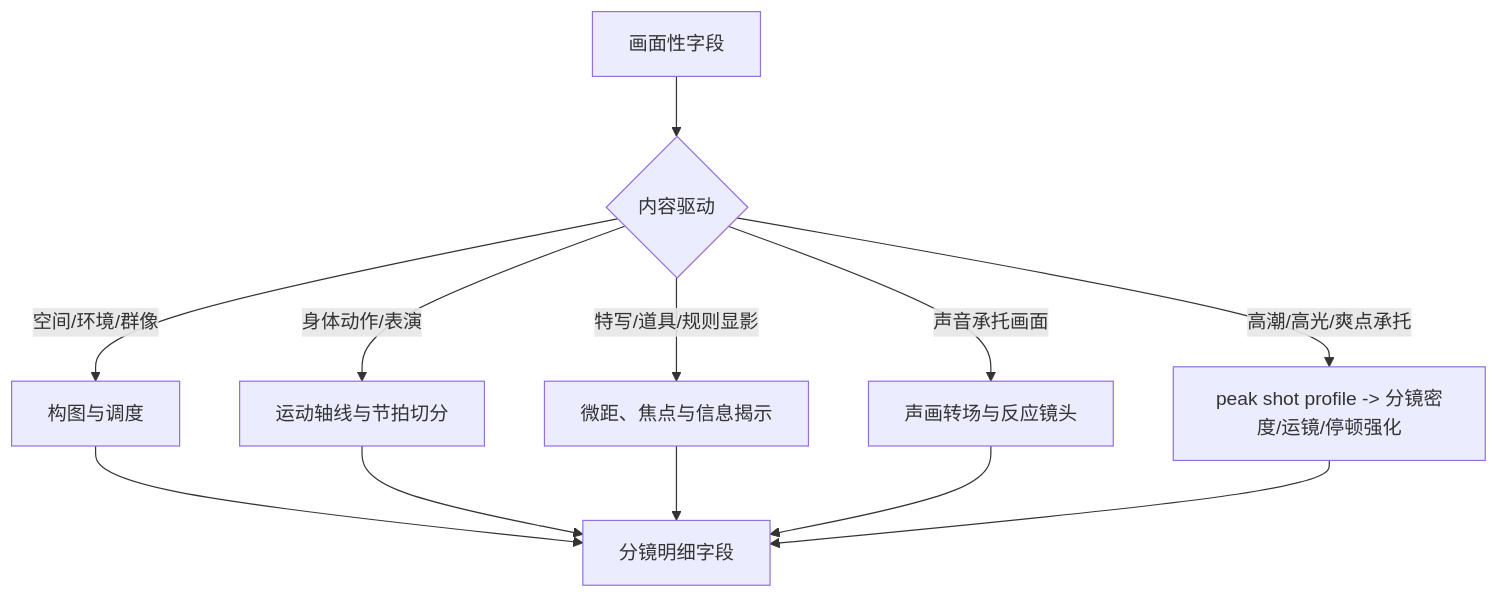
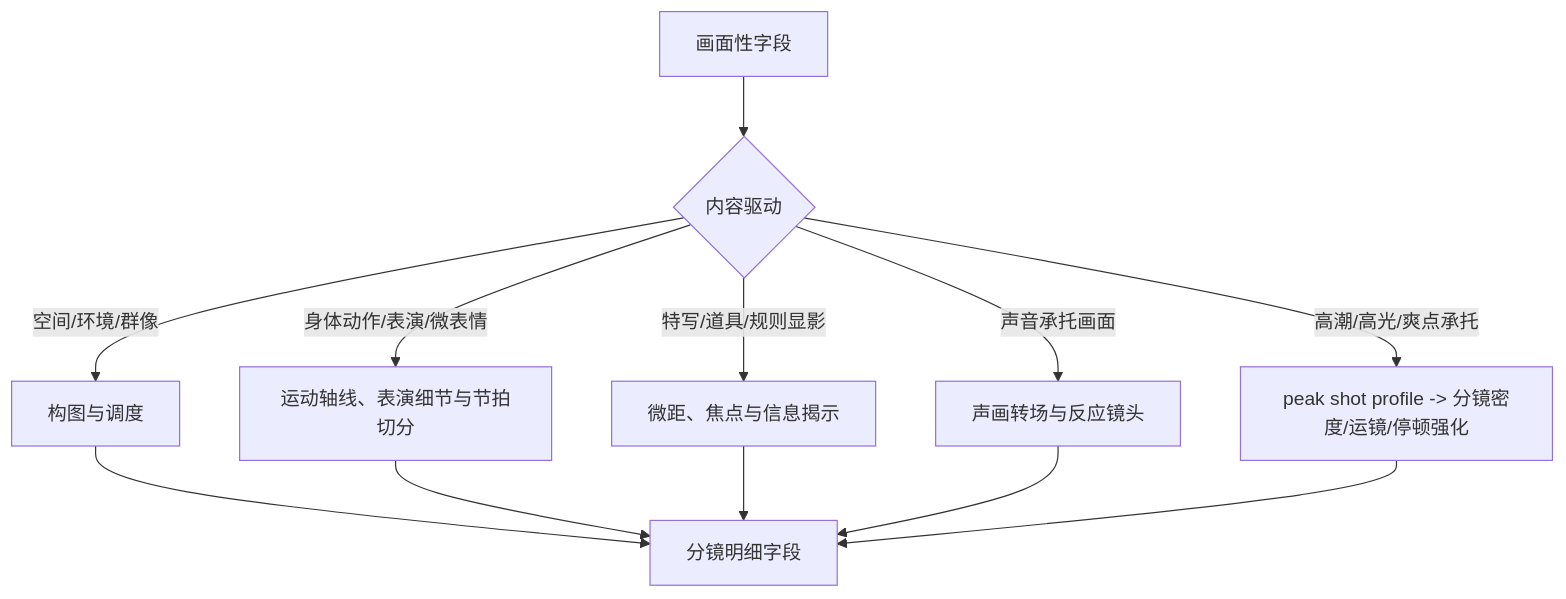
The second of 2 diagrams in .agents/skills/aigc/3-摄影/SKILL.md (ZEN-VOID/AI-CUT), drawn with Mermaid before and after one commit. The commit also changed other lines of this file and 129 other files, not shown here.

````diff
--- a/.agents/skills/aigc/3-摄影/SKILL.md
+++ b/.agents/skills/aigc/3-摄影/SKILL.md
@@ -134,14 +134,14 @@
 ```mermaid
 flowchart TD
     A["画面性字段"] --> B{"内容驱动"}
     B -->|"空间/环境/群像"| C["构图与调度"]
-    B -->|"身体动作/表演"| D["运动轴线与节拍切分"]
+    B -->|"身体动作/表演/微表情"| D["运动轴线、表演细节与节拍切分"]
     B -->|"特写/道具/规则显影"| E["微距、焦点与信息揭示"]
     B -->|"声音承托画面"| F["声画转场与反应镜头"]
     B -->|"高潮/高光/爽点承托"| H["peak shot profile -> 分镜密度/运镜/停顿强化"]
     C --> G["分镜明细字段"]
     D --> G
     E --> G
     F --> G
     H --> G
 ```
````
